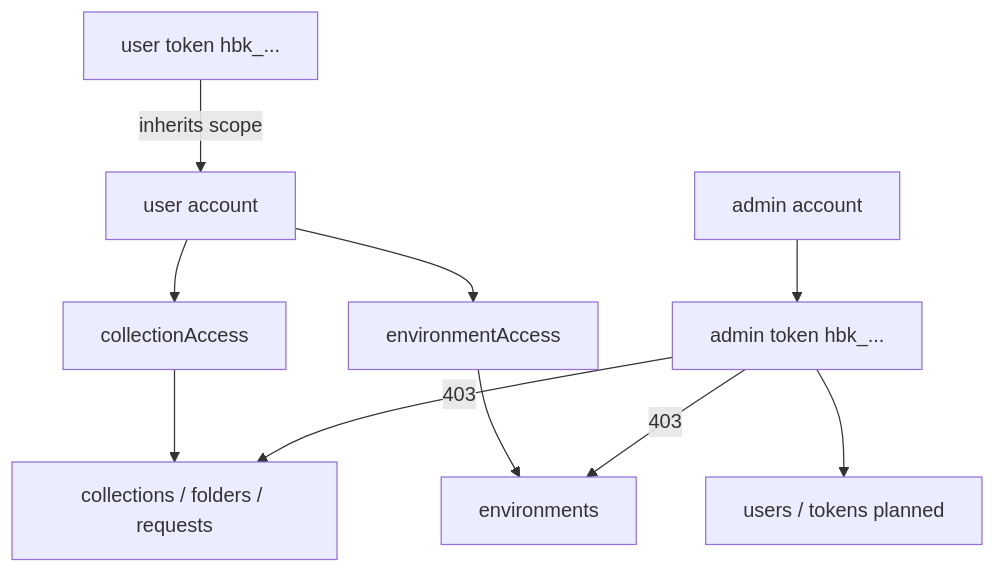
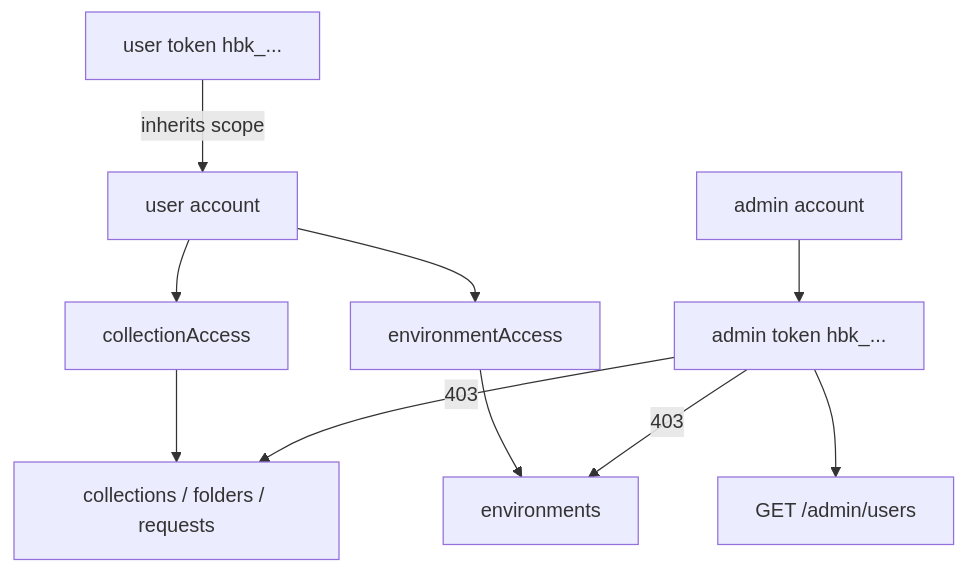
One commit to headzoo/harborclient-team-hub changed the diagram in docs/auth.md. Above: the diagram before and after it, drawn with Mermaid. The commit also changed other lines of this file and 18 other files, not shown here.

````diff
--- a/docs/auth.md
+++ b/docs/auth.md
@@ -139,22 +141,22 @@
 ```mermaid
 flowchart TD
   UserAccount["user account"]
   AdminAccount["admin account"]
   UserToken["user token hbk_..."]
   AdminToken["admin token hbk_..."]
   CollAccess["collectionAccess"]
   EnvAccess["environmentAccess"]
   CollRoutes["collections / folders / requests"]
   EnvRoutes["environments"]
-  MgmtRoutes["users / tokens planned"]
+  MgmtRoutes["GET /admin/users"]
 
   UserAccount --> CollAccess
   UserAccount --> EnvAccess
   UserToken -->|"inherits scope"| UserAccount
   CollAccess --> CollRoutes
   EnvAccess --> EnvRoutes
   AdminAccount --> AdminToken
   AdminToken --> MgmtRoutes
   AdminToken -->|"403"| CollRoutes
   AdminToken -->|"403"| EnvRoutes
 ```
````
